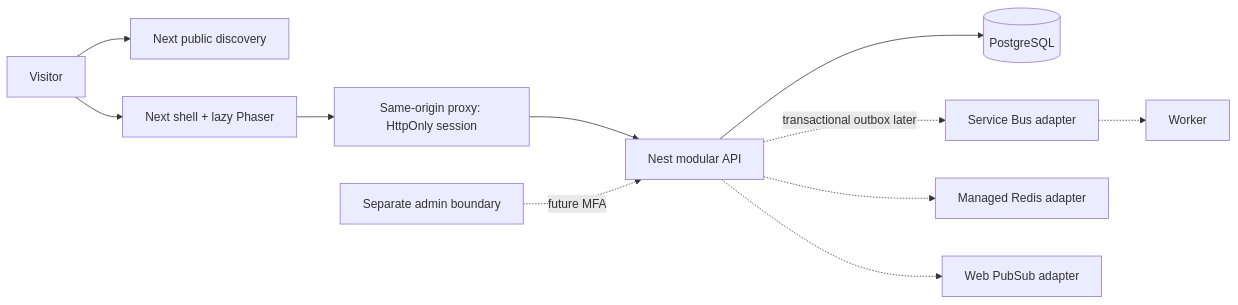
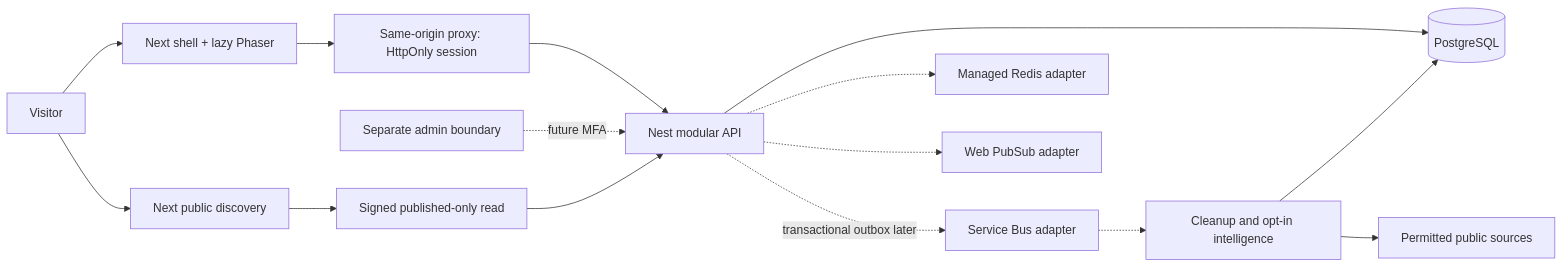
One commit to kinglove58/campuswahala changed the diagram in docs/architecture.md. Above: the diagram before and after it, drawn with Mermaid. The commit also changed other lines of this file and 76 other files, not shown here.

````diff
--- a/docs/architecture.md
+++ b/docs/architecture.md
@@ -7,13 +7,17 @@
 ```mermaid
 flowchart LR
   Visitor --> Marketing[Next public discovery]
   Visitor --> Game[Next shell + lazy Phaser]
   Game --> BFF[Same-origin proxy: HttpOnly session]
   BFF --> API[Nest modular API]
   Admin[Separate admin boundary] -. future MFA .-> API
   API --> DB[(PostgreSQL)]
+  Worker[Cleanup and opt-in intelligence] --> DB
+  Worker --> Sources[Permitted public sources]
+  Marketing --> Published[Signed published-only read]
+  Published --> API
   API -. transactional outbox later .-> Queue[Service Bus adapter]
   Queue -.-> Worker
   API -.-> Cache[Managed Redis adapter]
   API -.-> Presence[Web PubSub adapter]
 ```
````
